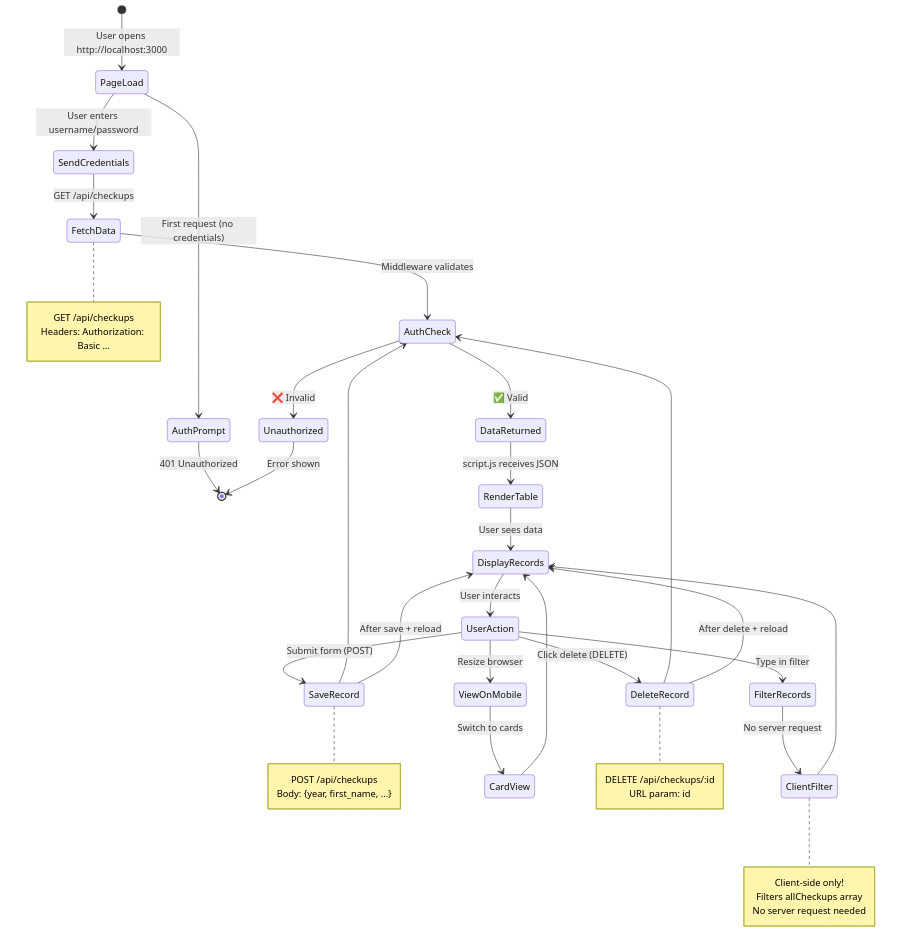
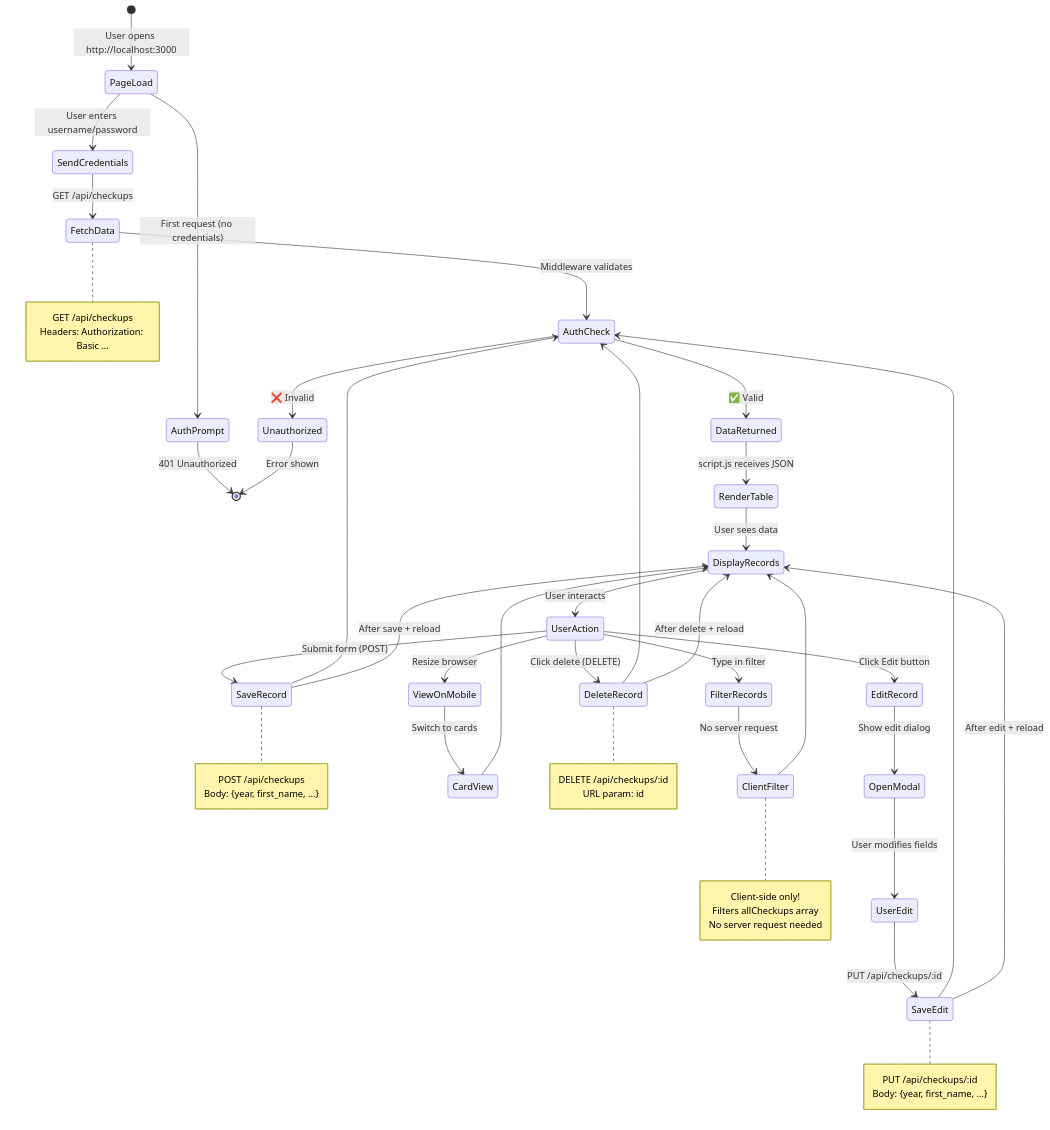
One commit to ninetyyy/CRUD-Annual-Medical-Checkup-Web changed diagram 11 of 12 in workflow.md. Above: the diagram before and after it, drawn with Mermaid. The commit also changed other lines of this file and 5 other files, not shown here.

Commit message:
[U] update PUT method to modify selected medical records

````diff
--- a/workflow.md
+++ b/workflow.md
@@ -335,58 +401,70 @@
 ```mermaid
 stateDiagram-v2
     [*] --> PageLoad: User opens http://localhost:3000
 
     PageLoad --> AuthPrompt: First request (no credentials)
     AuthPrompt --> [*]: 401 Unauthorized
 
     PageLoad --> SendCredentials: User enters username/password
     SendCredentials --> FetchData: GET /api/checkups
 
     FetchData --> AuthCheck: Middleware validates
     AuthCheck --> DataReturned: ✅ Valid
     AuthCheck --> Unauthorized: ❌ Invalid
 
     DataReturned --> RenderTable: script.js receives JSON
     RenderTable --> DisplayRecords: User sees data
 
     DisplayRecords --> UserAction: User interacts
 
     UserAction --> SaveRecord: Submit form (POST)
     SaveRecord --> AuthCheck
 
+    UserAction --> EditRecord: Click Edit button
+    EditRecord --> OpenModal: Show edit dialog
+    OpenModal --> UserEdit: User modifies fields
+    UserEdit --> SaveEdit: PUT /api/checkups/:id
+    SaveEdit --> AuthCheck
+
     UserAction --> DeleteRecord: Click delete (DELETE)
     DeleteRecord --> AuthCheck
 
     UserAction --> FilterRecords: Type in filter
     FilterRecords --> ClientFilter: No server request
     ClientFilter --> DisplayRecords
 
     UserAction --> ViewOnMobile: Resize browser
     ViewOnMobile --> CardView: Switch to cards
     CardView --> DisplayRecords
 
     Unauthorized --> [*]: Error shown
     SaveRecord --> DisplayRecords: After save + reload
+    SaveEdit --> DisplayRecords: After edit + reload
     DeleteRecord --> DisplayRecords: After delete + reload
 
     note right of FetchData
         GET /api/checkups
         Headers: Authorization: Basic ...
     end note
 
     note right of SaveRecord
         POST /api/checkups
+        Body: {year, first_name, ...}
+    end note
+
+    note right of SaveEdit
+        PUT /api/checkups/:id
         Body: {year, first_name, ...}
     end note
 
     note right of DeleteRecord
         DELETE /api/checkups/:id
         URL param: id
     end note
 
     note right of ClientFilter
         Client-side only!
         Filters allCheckups array
         No server request needed
     end note
 ```
````
